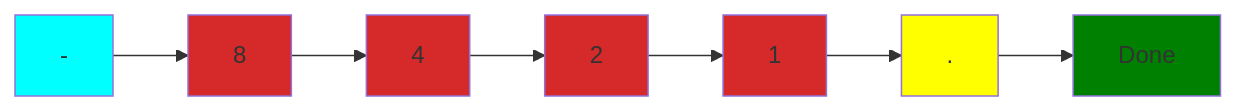
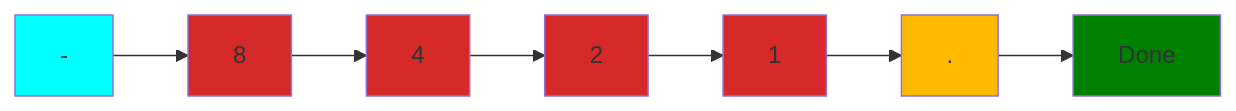
One commit to Lucas-Ferro/arithmetic_nested_calculations changed the first of 4 diagrams in README.md. Above: the diagram before and after it, drawn with Mermaid. The commit also changed other lines of this file, not shown here.

````diff
--- a/README.md
+++ b/README.md
@@ -29,17 +29,17 @@
 	``` mermaid
 	flowchart LR 
 	- --> 8  
 	8 --> 4  
 	4 --> 2
 	2 --> 1
 	1 --> .
 	. --> Done
 	
 	style - fill:cyan;
 	style 8 fill:#d62929;
 	style 4 fill:#d62929;
 	style 2 fill:#d62929;
 	style 1 fill:#d62929;
-	style . fill:yellow;
+	style . fill:#ffba00;
 	style Done fill:green;
 	```
````
